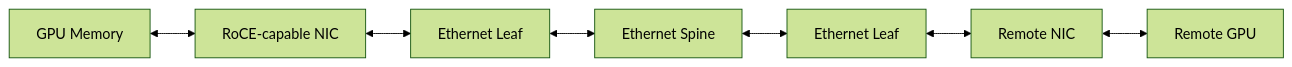
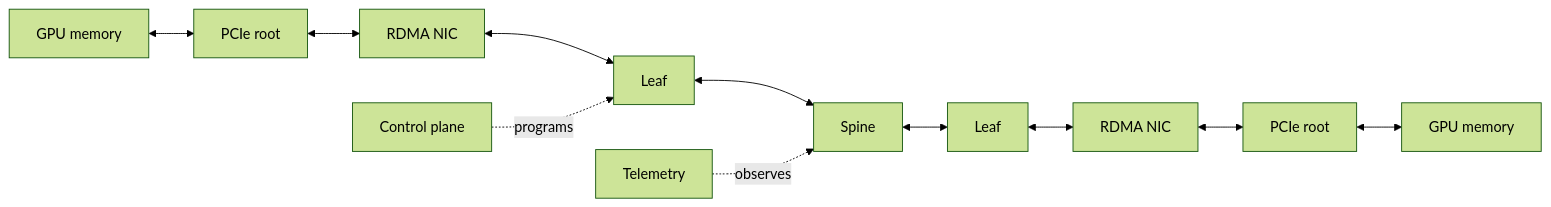
One commit to jithinpnjm/nvidia-devops changed the first of 4 diagrams in docs/nvidia-zero-to-hero/volume-09/chapter-02-ethernet-architecture-for-ai.md. Above: the diagram before and after it, drawn with Mermaid (forest theme). The commit also changed other lines of this file, not shown here.

Commit message:
Expand AI Ethernet architecture

````diff
--- a/docs/nvidia-zero-to-hero/volume-09/chapter-02-ethernet-architecture-for-ai.md
+++ b/docs/nvidia-zero-to-hero/volume-09/chapter-02-ethernet-architecture-for-ai.md
@@ -18,9 +37,13 @@
 ```mermaid
 flowchart LR
-    GPU[GPU Memory] <--> NIC[RoCE-capable NIC]
-    NIC <--> Leaf[Ethernet Leaf]
-    Leaf <--> Spine[Ethernet Spine]
-    Spine <--> Leaf2[Ethernet Leaf]
-    Leaf2 <--> NIC2[Remote NIC]
-    NIC2 <--> GPU2[Remote GPU]
+    GPU1[GPU memory] <--> PCI1[PCIe root]
+    PCI1 <--> NIC1[RDMA NIC]
+    NIC1 <--> L1[Leaf]
+    L1 <--> S1[Spine]
+    S1 <--> L2[Leaf]
+    L2 <--> NIC2[RDMA NIC]
+    NIC2 <--> PCI2[PCIe root]
+    PCI2 <--> GPU2[GPU memory]
+    Ctrl[Control plane] -. programs .-> L1
+    Obs[Telemetry] -. observes .-> S1
 ```
````
